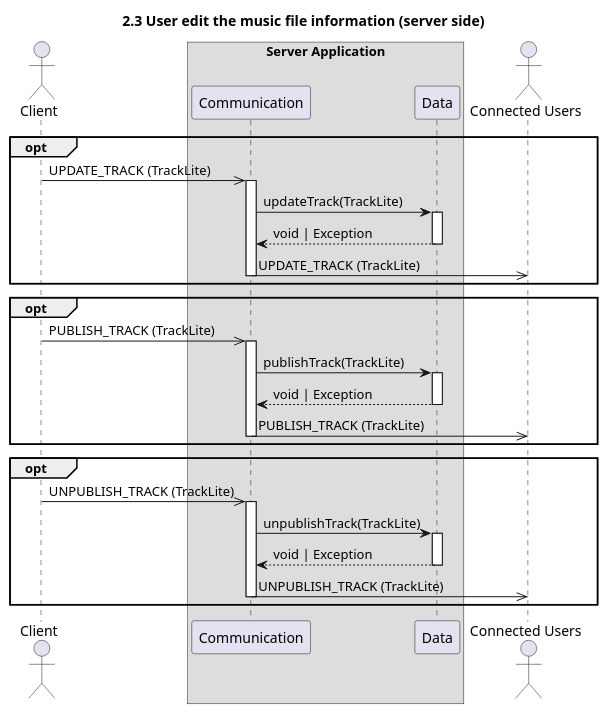
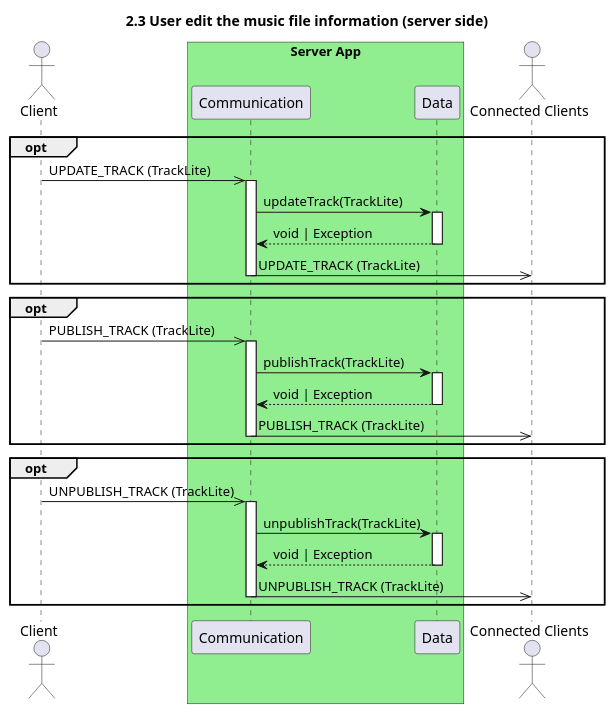
The diagram in sequence/2.3.update_music_file_server.puml (UTCAI12/Diagrams), drawn with PlantUML before and after one commit. The commit also changed 6 other files, not shown here.

```diff
--- a/sequence/2.3.update_music_file_server.puml
+++ b/sequence/2.3.update_music_file_server.puml
@@ -1,35 +1,34 @@
 @startuml 2.3 User edit the music file information (server side)
 title 2.3 User edit the music file information (server side)
 
 actor "Client" as client
-box "Server Application"
-    participant Communication as com
-    participant Data as data
+box "Server App" #LightGreen
+    participant "Communication" as com
+    participant "Data" as data
 end box
-actor "Connected Users" as connected
-
+actor "Connected Clients" as connected
 
 opt 
     client ->> com++:  UPDATE_TRACK (TrackLite) 
     com -> data++: updateTrack(TrackLite)
     return void | Exception
     com->>connected: UPDATE_TRACK (TrackLite) 
     deactivate com
 end
 
 opt 
     client ->> com++:  PUBLISH_TRACK (TrackLite) 
     com -> data++: publishTrack(TrackLite)
     return void | Exception
     com->>connected: PUBLISH_TRACK (TrackLite) 
     deactivate com
 end
 
 opt 
     client ->> com++:  UNPUBLISH_TRACK (TrackLite) 
     com -> data++: unpublishTrack(TrackLite)
     return void | Exception
     com->>connected: UNPUBLISH_TRACK (TrackLite) 
     deactivate com
 end
 @enduml
```
